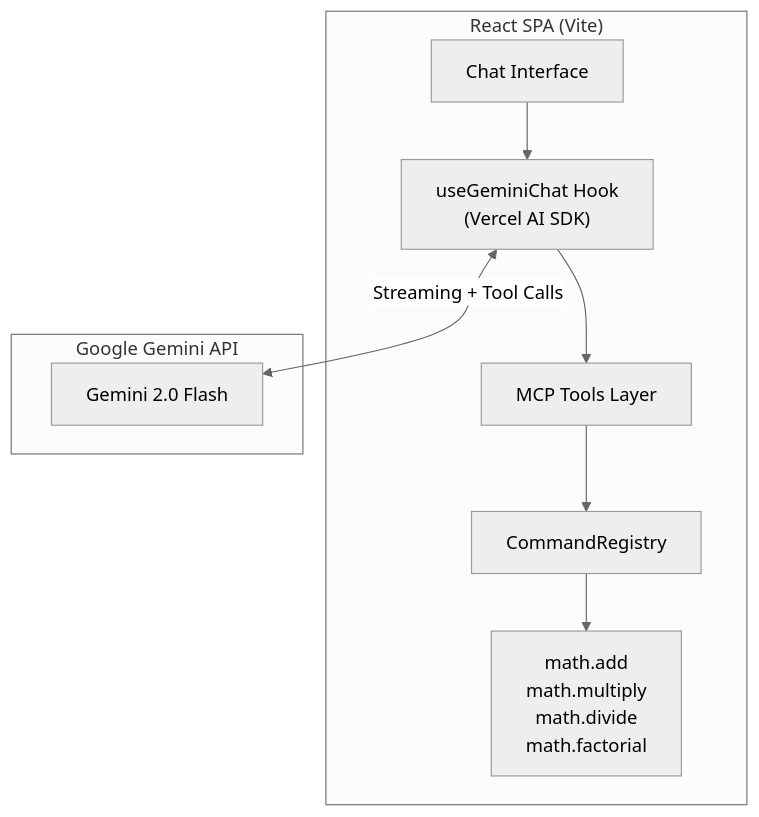
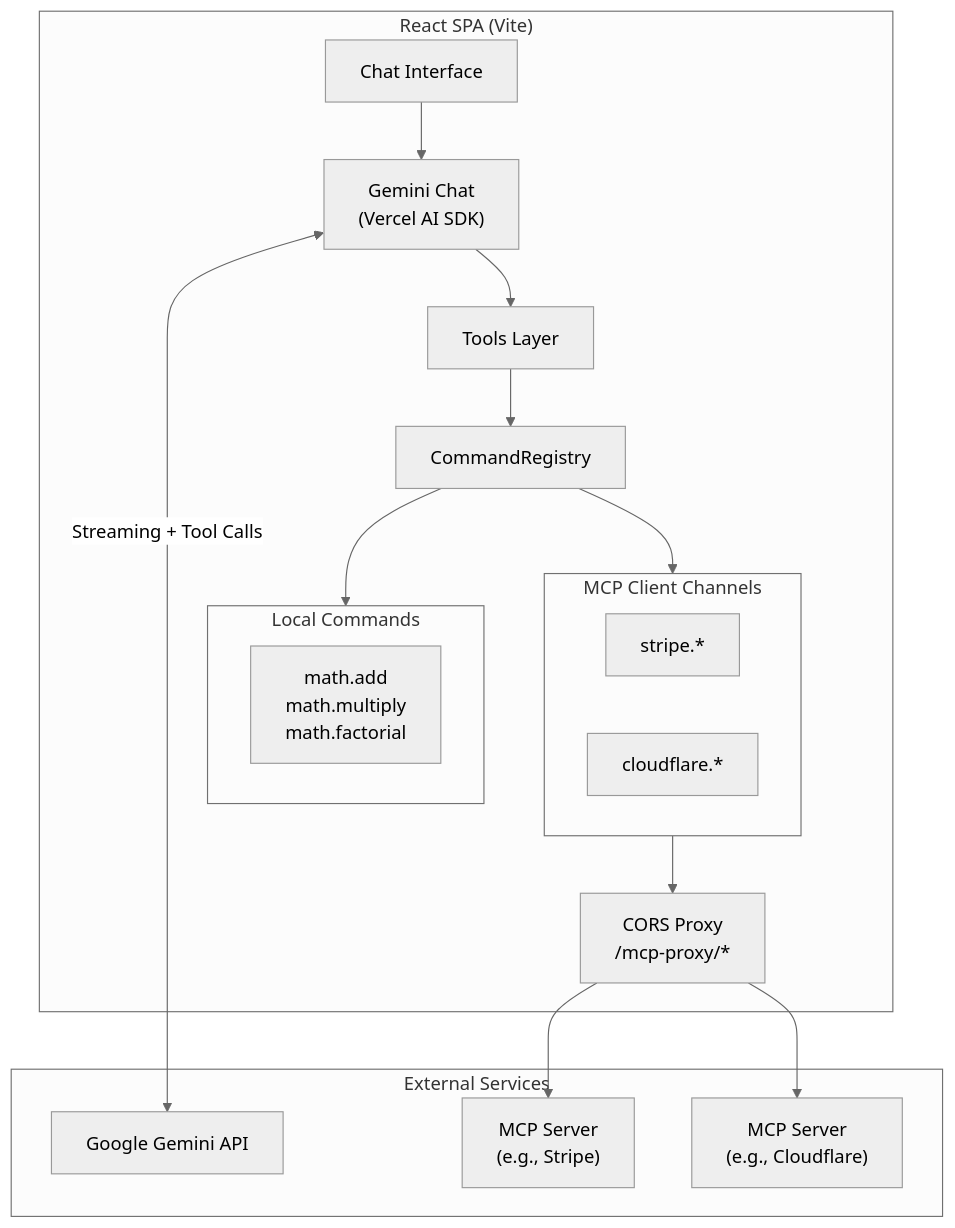
The first of 2 diagrams in docs/src/content/docs/examples/mcp-agent.mdx (CoralStackCom/cmd-ipc), drawn with Mermaid (neutral theme) before and after one commit. The commit also changed other lines of this file and 54 other files, not shown here.

````diff
--- a/docs/src/content/docs/examples/mcp-agent.mdx
+++ b/docs/src/content/docs/examples/mcp-agent.mdx
@@ -12,19 +12,36 @@
 ```mermaid
 flowchart TB
     subgraph Browser["React SPA (Vite)"]
         Chat["Chat Interface"]
-        Hook["useGeminiChat Hook\n(Vercel AI SDK)"]
-        Tools["MCP Tools Layer"]
+        Hook["Gemini Chat\n(Vercel AI SDK)"]
+        Tools["Tools Layer"]
         Registry["CommandRegistry"]
-        Commands["math.add\nmath.multiply\nmath.divide\nmath.factorial"]
+
+        subgraph LocalCmds["Local Commands"]
+            LC["math.add\nmath.multiply\nmath.factorial"]
+        end
+
+        subgraph MCPChannels["MCP Client Channels"]
+            MCP1["stripe.*"]
+            MCP2["cloudflare.*"]
+        end
+
+        Proxy["CORS Proxy\n/mcp-proxy/*"]
     end
 
-    subgraph Gemini["Google Gemini API"]
-        Model["Gemini 2.0 Flash"]
+    subgraph External["External Services"]
+        Gemini["Google Gemini API"]
+        MCPServer1["MCP Server\n(e.g., Stripe)"]
+        MCPServer2["MCP Server\n(e.g., Cloudflare)"]
     end
 
     Chat --> Hook
-    Hook <-->|"Streaming + Tool Calls"| Model
+    Hook <-->|"Streaming + Tool Calls"| Gemini
     Hook --> Tools
-    Tools --> Registry --> Commands
+    Tools --> Registry
+    Registry --> LocalCmds
+    Registry --> MCPChannels
+    MCPChannels --> Proxy
+    Proxy --> MCPServer1
+    Proxy --> MCPServer2
 ```
````
